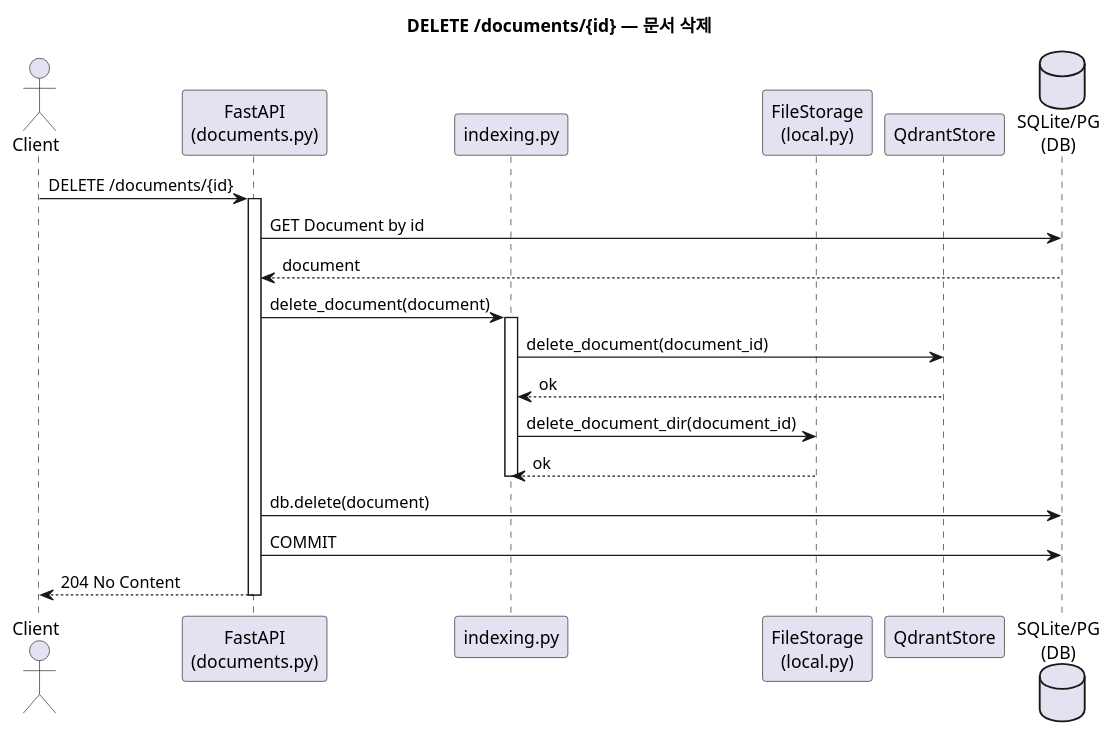
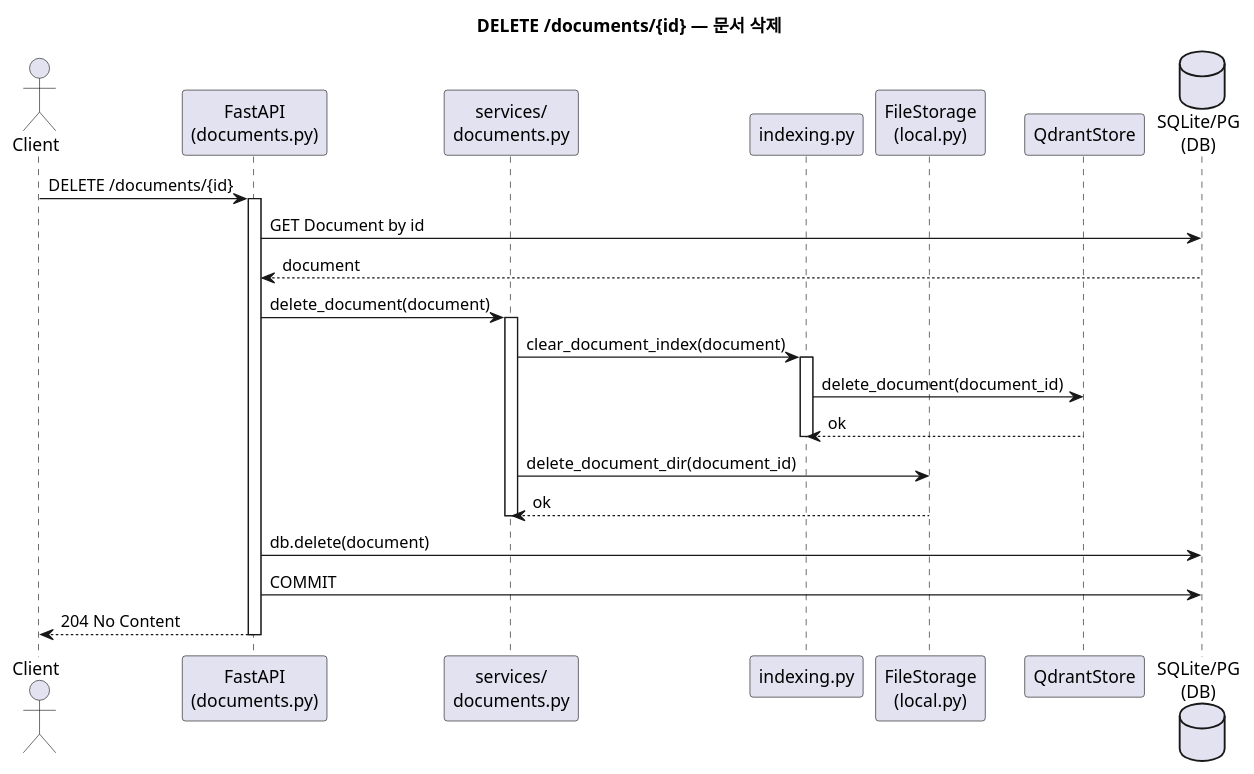
One commit to sigmoidx0/ragkit changed the third of 4 diagrams in docs/diagrams/all.puml. Above: the diagram before and after it, drawn with PlantUML. The commit also changed other lines of this file and 18 other files, not shown here.

```diff
--- a/docs/diagrams/all.puml
+++ b/docs/diagrams/all.puml
@@ -112,33 +144,37 @@
 @startuml Document Delete
 
 title DELETE /documents/{id} — 문서 삭제
 
 actor Client
 participant "FastAPI\n(documents.py)" as API
+participant "services/\ndocuments.py" as SVC
 participant "indexing.py" as IDX
 participant "FileStorage\n(local.py)" as FS
 participant "QdrantStore" as QD
 database "SQLite/PG\n(DB)" as DB
 
 Client -> API : DELETE /documents/{id}
 activate API
 
 API -> DB : GET Document by id
 DB --> API : document
 
-API -> IDX : delete_document(document)
+API -> SVC : delete_document(document)
+activate SVC
+SVC -> IDX : clear_document_index(document)
 activate IDX
 IDX -> QD : delete_document(document_id)
 QD --> IDX : ok
-IDX -> FS : delete_document_dir(document_id)
-FS --> IDX : ok
 deactivate IDX
+SVC -> FS : delete_document_dir(document_id)
+FS --> SVC : ok
+deactivate SVC
 
 API -> DB : db.delete(document)
 API -> DB : COMMIT
 
 API --> Client : 204 No Content
 
 deactivate API
 
 @enduml
```
